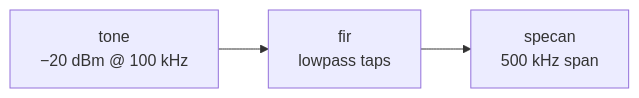
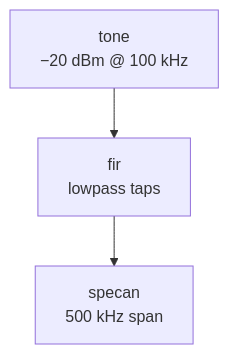
Before and after one commit to doppler-dsp/doppler: the second of 2 diagrams in docs/cli/index.md, drawn with Mermaid. The commit also changed other lines of this file, not shown here.

First line of the commit message:
docs(cli): stack architecture diagrams vertically for legibility

````diff
--- a/docs/cli/index.md
+++ b/docs/cli/index.md
@@ -206,7 +205,7 @@
 ```mermaid
-flowchart LR
+flowchart TB
     T["tone\n−20 dBm @ 100 kHz"]
     F["fir\nlowpass taps"]
     S["specan\n500 kHz span"]
     T --> F --> S
 ```
````
